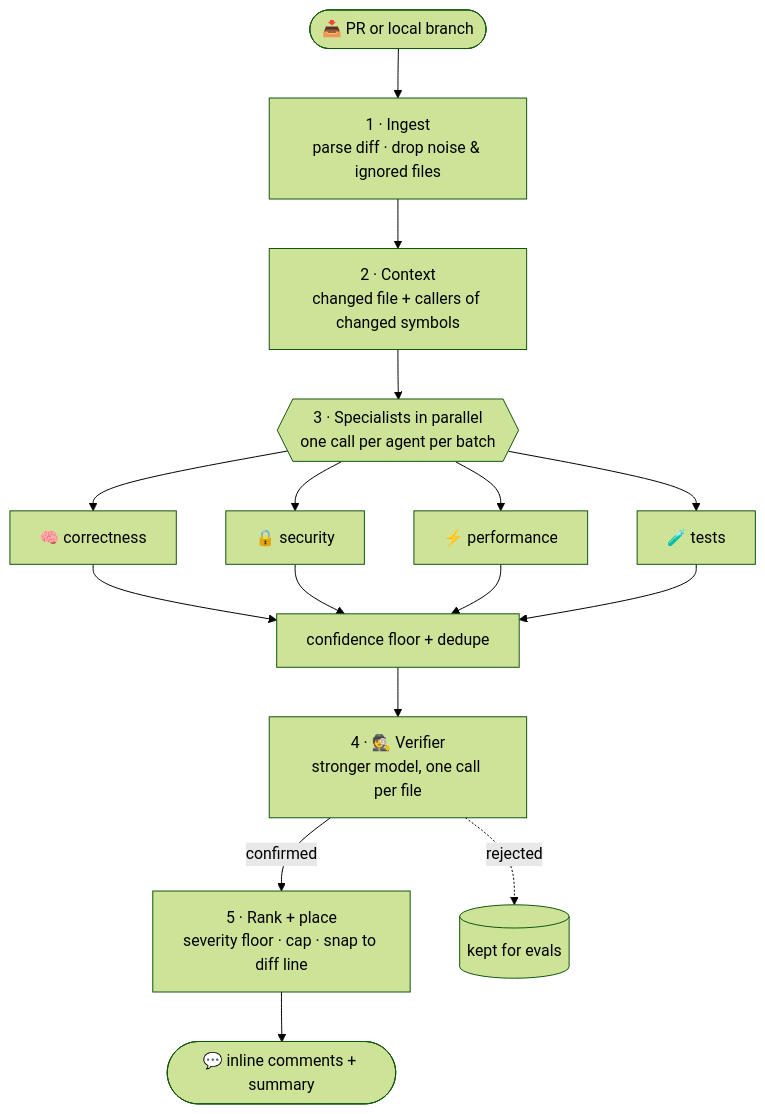
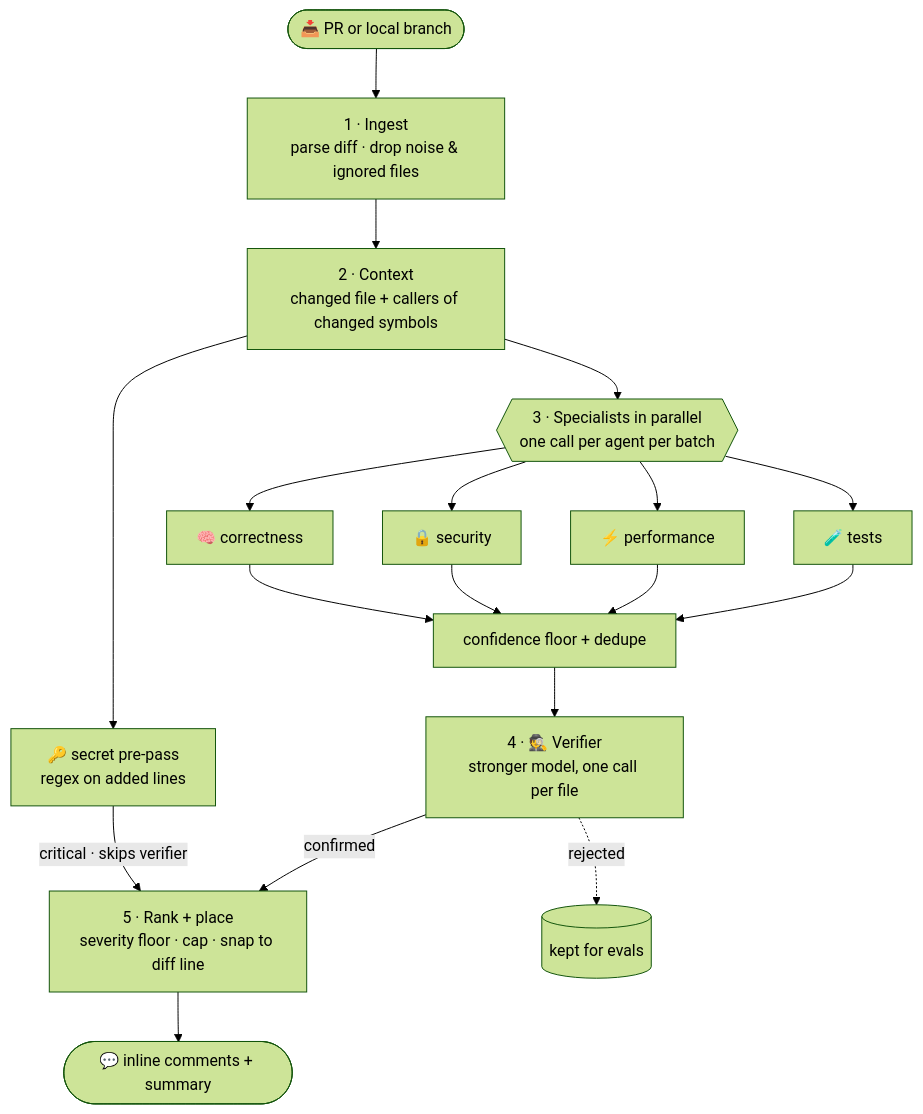
The diagram in README.md (Dhillon001/agentic-code-review), drawn with Mermaid (forest theme) before and after one commit. The commit also changed other lines of this file and 6 other files, not shown here.

First line of the commit message:
Add regex secret scanning pre-pass on added lines

````diff
--- a/README.md
+++ b/README.md
@@ -78,15 +78,17 @@
 ```mermaid
 flowchart TD
     A([📥 PR or local branch]) --> B[1 · Ingest<br/>parse diff · drop noise & ignored files]
     B --> C[2 · Context<br/>changed file + callers of changed symbols]
     C --> D{{3 · Specialists in parallel<br/>one call per agent per batch}}
+    C --> K[🔑 secret pre-pass<br/>regex on added lines]
+    K -->|critical · skips verifier| G
     D --> S1[🧠 correctness]
     D --> S2[🔒 security]
     D --> S3[⚡ performance]
     D --> S4[🧪 tests]
     S1 & S2 & S3 & S4 --> E[confidence floor + dedupe]
     E --> F[4 · 🕵️ Verifier<br/>stronger model, one call per file]
     F -->|confirmed| G[5 · Rank + place<br/>severity floor · cap · snap to diff line]
     F -.->|rejected| R[(kept for evals)]
     G --> H([💬 inline comments + summary])
 ```
````
